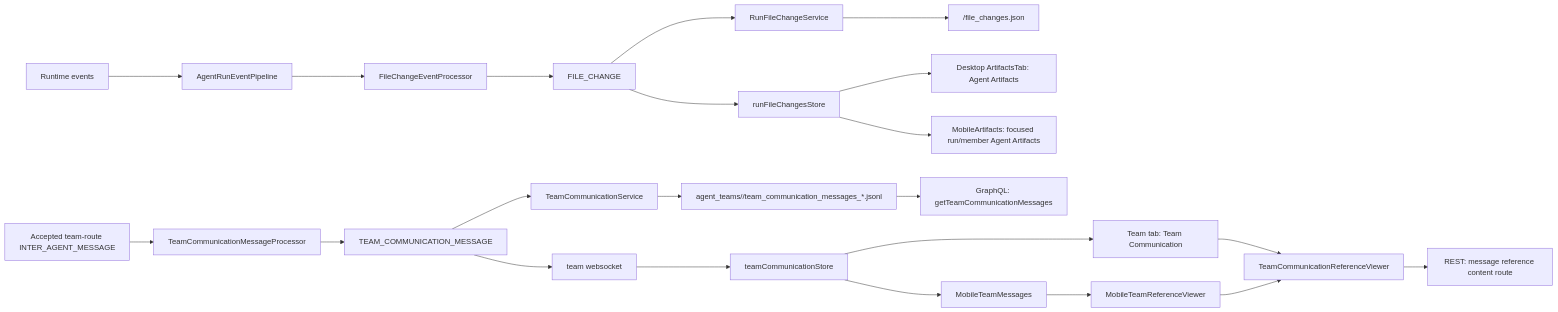
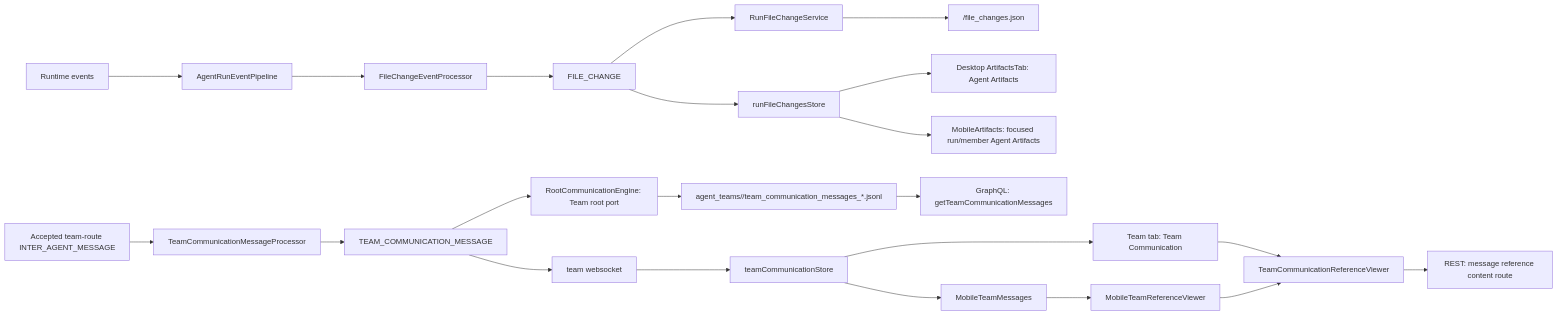
One commit to AutoByteus/autobyteus-workspace changed the diagram in autobyteus-web/docs/agent_artifacts.md. Above: the diagram before and after it, drawn with Mermaid. The commit also changed 21 other files, not shown here.

````diff
--- a/autobyteus-web/docs/agent_artifacts.md
+++ b/autobyteus-web/docs/agent_artifacts.md
@@ -157,25 +157,25 @@
 ```mermaid
 flowchart LR
   A[Runtime events] --> B[AgentRunEventPipeline]
   B --> C[FileChangeEventProcessor]
   C --> D[FILE_CHANGE]
   D --> E[RunFileChangeService]
   E --> F[<run-memory-dir>/file_changes.json]
   D --> G[runFileChangesStore]
   G --> H[Desktop ArtifactsTab: Agent Artifacts]
   G --> U[MobileArtifacts: focused run/member Agent Artifacts]
 
   I[Accepted team-route INTER_AGENT_MESSAGE] --> J[TeamCommunicationMessageProcessor]
   J --> K[TEAM_COMMUNICATION_MESSAGE]
-  K --> L[TeamCommunicationService]
+  K --> L[RootCommunicationEngine: Team root port]
   L --> N[agent_teams/<teamRunId>/team_communication_messages_*.jsonl]
   K --> M[team websocket]
   M --> P[teamCommunicationStore]
   N --> O[GraphQL: getTeamCommunicationMessages]
   P --> R[Team tab: Team Communication]
   R --> S[TeamCommunicationReferenceViewer]
   S --> T[REST: message reference content route]
   P --> V[MobileTeamMessages]
   V --> W[MobileTeamReferenceViewer]
   W --> S
 ```
````
